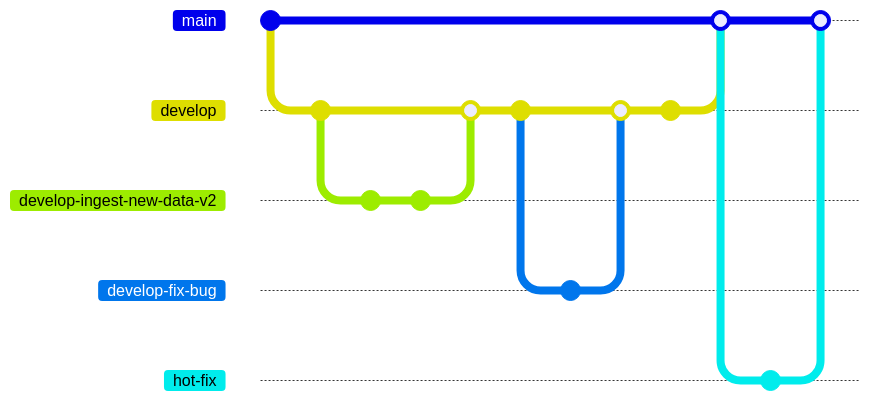
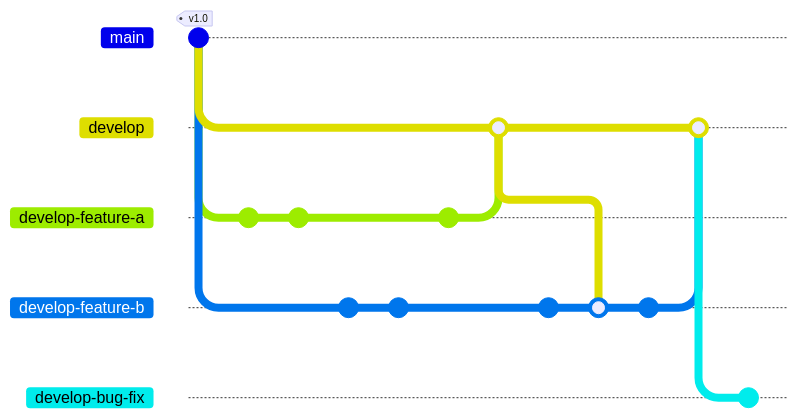
The diagram in README.md (Seafood-Globalization-Lab/artis-model), drawn with Mermaid before and after one commit. Commit ids are hidden.

Commit message:
updated mermaid gitgraph in README

````diff
--- a/README.md
+++ b/README.md
@@ -204,25 +204,27 @@
 ```mermaid
 gitGraph
-   commit id: "v1.0"
+   commit id: "Normal" tag: "v1.0"
    branch develop
-   commit
-   branch develop-ingest-new-data-v2
-   commit id: "clean FAO"
-   commit id: "resolve sciname"
    checkout develop
-   merge develop-ingest-new-data-v2 id: "merge cleaning script"
+   branch develop-feature-a
+   commit id: "added x"
+   commit id: "fixed y"
    checkout develop
-   commit id: "update README"
-   branch develop-fix-bug
-   commit
+   branch develop-feature-b
+   commit id: "cleaned z"
+   commit id: "updated w"
+   checkout develop-feature-a
+   commit id: "documentation"
    checkout develop
-   merge develop-fix-bug id: "merge fix-bug"
-   commit id: "add documentation"
-   checkout main
-   merge develop id: "v2.0 Release"
-   branch hot-fix
-   checkout hot-fix
-   commit id: "forgot this tiny thing"
-   checkout main
-   merge hot-fix id: "v2.0.1 Release"
+   merge develop-feature-a id: "merge reabsed feature-a"
+   checkout develop-feature-b
+   commit id: "document"
+   merge develop id: "bring in develop updates"
+   commit id: "added v"
+   checkout develop
+   merge develop-feature-b id: "merge reabsed feature-b"
+   checkout develop
+   branch develop-bug-fix
+   commit id: "bug-fix"
+   checkout develop
 ```
````
